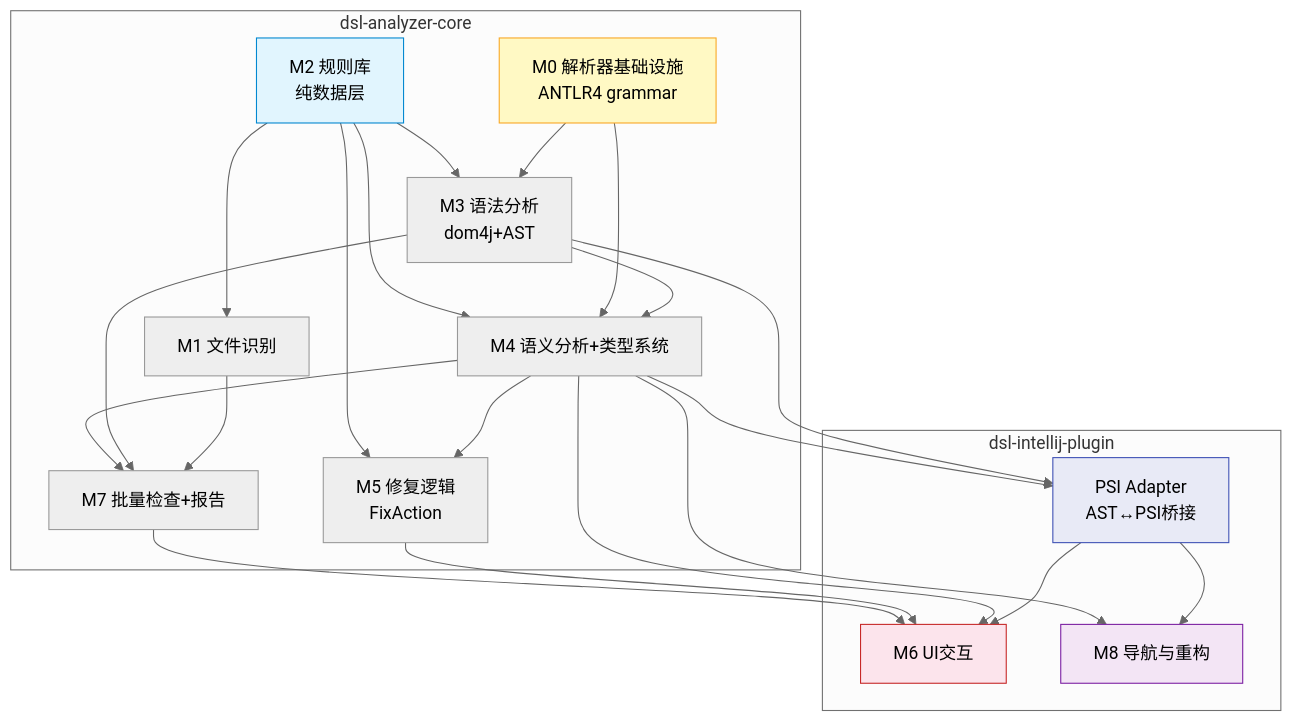
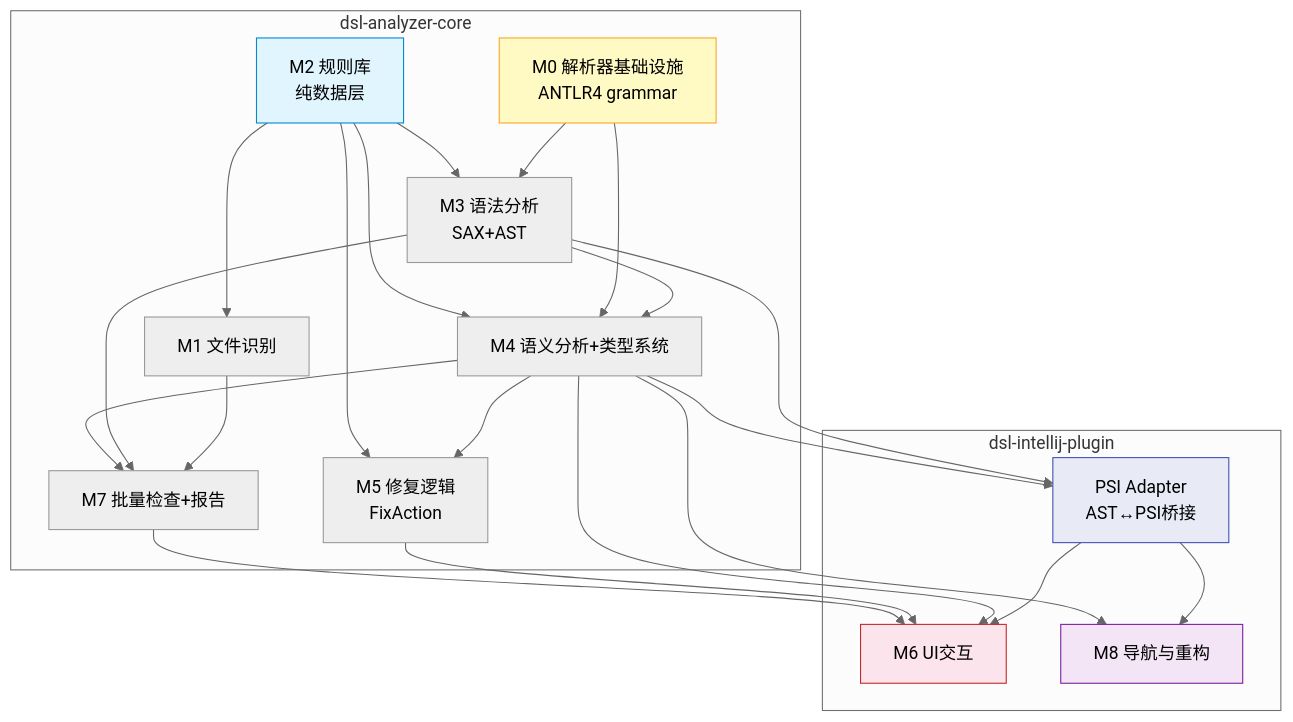
Before and after one commit to araragi-koyomin/theme-engine-dsl-static-analyzer: the first of 3 diagrams in docs/Architecture.md, drawn with Mermaid (neutral theme). The commit also changed other lines of this file and 5 other files, not shown here.

First line of the commit message:
docs: sync M3 XML parser choice dom4j -> JDK SAX across design docs

````diff
--- a/docs/Architecture.md
+++ b/docs/Architecture.md
@@ -79,44 +79,44 @@
 ```mermaid
 graph TD
     subgraph dsl-analyzer-core
         M0[M0 解析器基础设施<br/>ANTLR4 grammar]
         M1[M1 文件识别]
         M2[M2 规则库<br/>纯数据层]
-        M3[M3 语法分析<br/>dom4j+AST]
+        M3[M3 语法分析<br/>SAX+AST]
         M4[M4 语义分析+类型系统]
         M5[M5 修复逻辑<br/>FixAction]
         M7[M7 批量检查+报告]
     end
 
     subgraph dsl-intellij-plugin
         PSI[PSI Adapter<br/>AST↔PSI桥接]
         M6[M6 UI交互]
         M8[M8 导航与重构]
     end
 
     M2 --> M1
     M0 --> M3
     M2 --> M3
     M3 --> M4
     M0 --> M4
     M2 --> M4
     M4 --> M5
     M2 --> M5
     M1 --> M7
     M3 --> M7
     M4 --> M7
     M3 --> PSI
     M4 --> PSI
     PSI --> M6
     PSI --> M8
     M4 --> M6
     M5 --> M6
     M7 --> M6
     M4 --> M8
 
     style M2 fill:#e1f5fe,stroke:#0288d1
     style M0 fill:#fff9c4,stroke:#f9a825
     style PSI fill:#e8eaf6,stroke:#3f51b5
     style M6 fill:#fce4ec,stroke:#c62828
     style M8 fill:#f3e5f5,stroke:#7b1fa2
 ```
````
